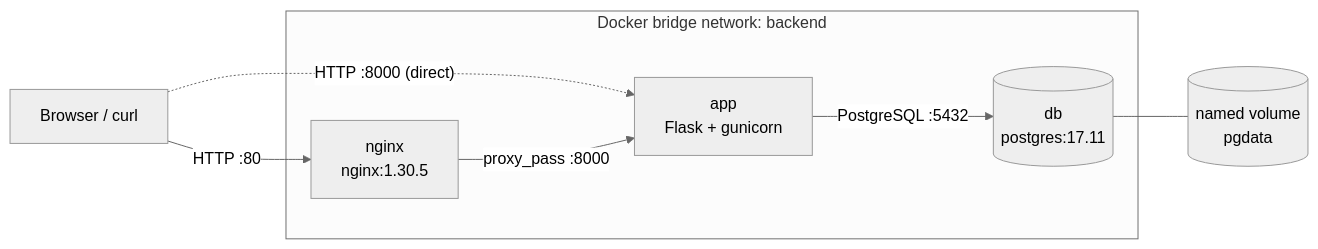
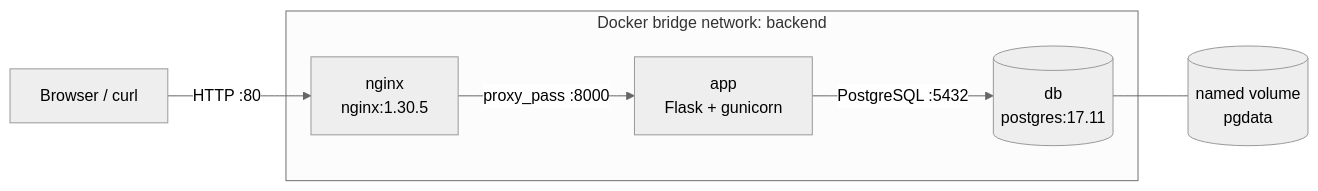
Before and after one commit to prashantmodak1804/cutURL: the diagram in README.md, drawn with Mermaid (neutral theme). The commit also changed other lines of this file and 1 other file, not shown here.

Commit message:
VM: removed app access through port 8000 (now through nginx)

````diff
--- a/README.md
+++ b/README.md
@@ -38,10 +38,9 @@
 ```mermaid
 flowchart LR
     U["Browser / curl"] -->|"HTTP :80"| N["nginx<br/>nginx:1.30.5"]
-    U -.->|"HTTP :8000 (direct)"| A
     subgraph backend ["Docker bridge network: backend"]
         N -->|"proxy_pass :8000"| A["app<br/>Flask + gunicorn"]
         A -->|"PostgreSQL :5432"| D[("db<br/>postgres:17.11")]
     end
     D --- V[("named volume<br/>pgdata")]
 ```
````
